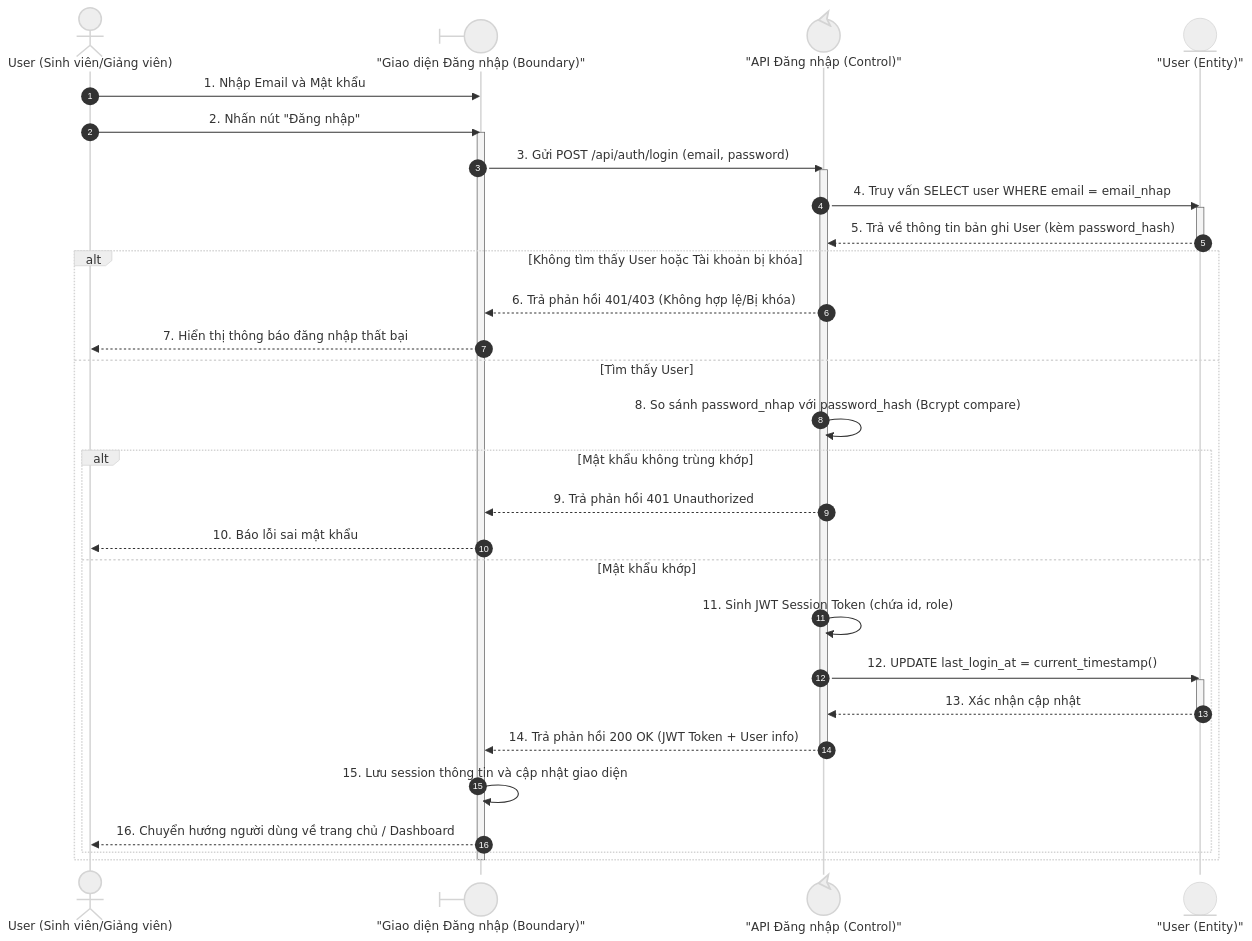
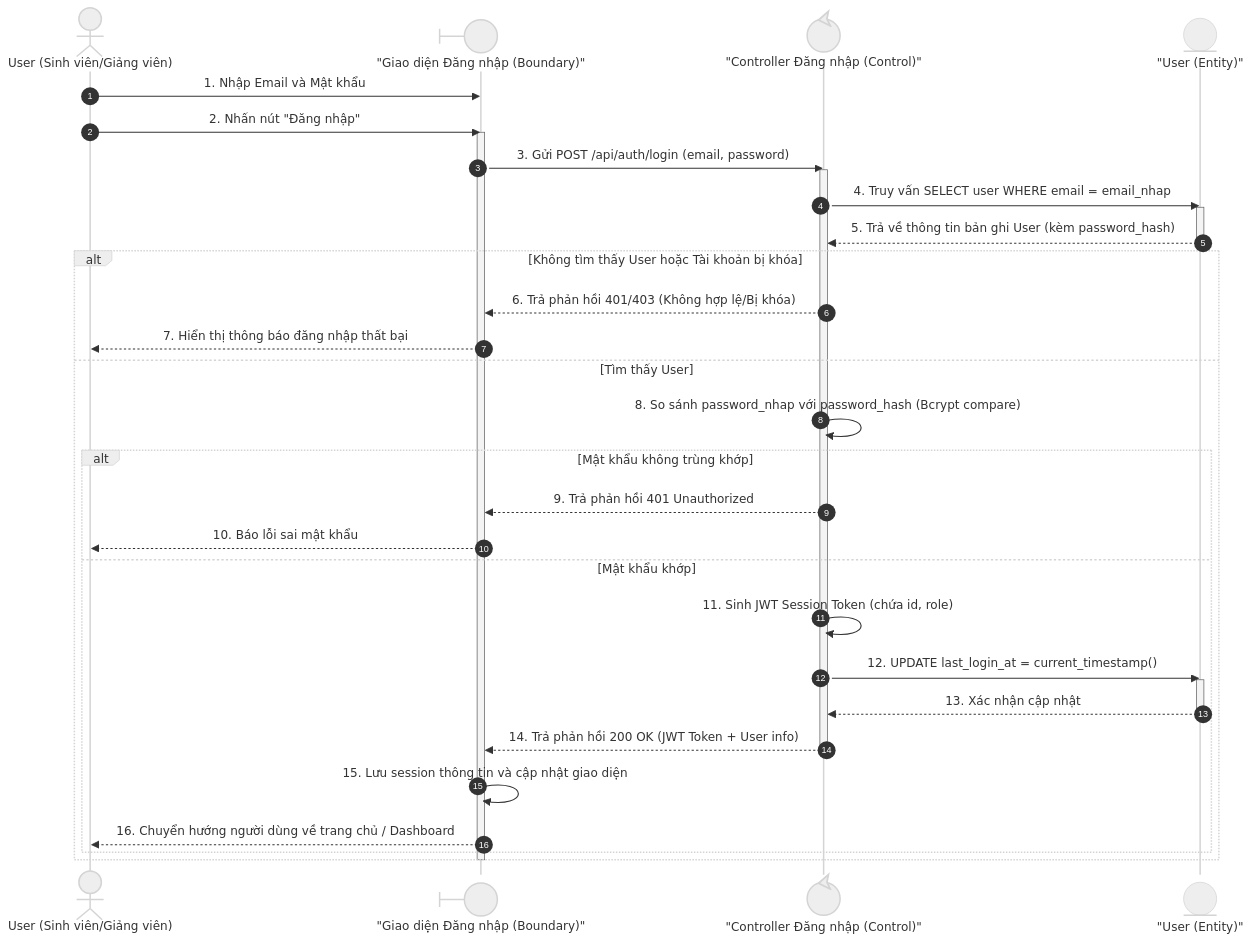
One commit to vietcuong2004/DATN_TLUDOC changed the second of 13 diagrams in Cuong_Documents/BaoVeDoAn/Diagram/SequenceDiagrams.md. Above: the diagram before and after it, drawn with Mermaid (neutral theme). The commit also changed other lines of this file and 11 other files, not shown here.

````diff
--- a/Cuong_Documents/BaoVeDoAn/Diagram/SequenceDiagrams.md
+++ b/Cuong_Documents/BaoVeDoAn/Diagram/SequenceDiagrams.md
@@ -50,40 +50,40 @@
 ```mermaid
 sequenceDiagram
     autonumber
     actor User as User (Sinh viên/Giảng viên)
     participant UI@{ "type": "boundary" } as "Giao diện Đăng nhập (Boundary)"
-    participant Control@{ "type": "control" } as "API Đăng nhập (Control)"
+    participant Control@{ "type": "control" } as "Controller Đăng nhập (Control)"
     participant Entity@{ "type": "entity" } as "User (Entity)"
 
     User->>UI: 1. Nhập Email và Mật khẩu
     User->>UI: 2. Nhấn nút "Đăng nhập"
     activate UI
     UI->>Control: 3. Gửi POST /api/auth/login (email, password)
     activate Control
     Control->>Entity: 4. Truy vấn SELECT user WHERE email = email_nhap
     activate Entity
     Entity-->>Control: 5. Trả về thông tin bản ghi User (kèm password_hash)
     deactivate Entity
     
     alt Không tìm thấy User hoặc Tài khoản bị khóa
         Control-->>UI: 6. Trả phản hồi 401/403 (Không hợp lệ/Bị khóa)
         UI-->>User: 7. Hiển thị thông báo đăng nhập thất bại
     else Tìm thấy User
         Control->>Control: 8. So sánh password_nhap với password_hash (Bcrypt compare)
         alt Mật khẩu không trùng khớp
             Control-->>UI: 9. Trả phản hồi 401 Unauthorized
             UI-->>User: 10. Báo lỗi sai mật khẩu
         else Mật khẩu khớp
             Control->>Control: 11. Sinh JWT Session Token (chứa id, role)
             Control->>Entity: 12. UPDATE last_login_at = current_timestamp()
             activate Entity
             Entity-->>Control: 13. Xác nhận cập nhật
             deactivate Entity
             Control-->>UI: 14. Trả phản hồi 200 OK (JWT Token + User info)
             deactivate Control
             UI->>UI: 15. Lưu session thông tin và cập nhật giao diện
             UI-->>User: 16. Chuyển hướng người dùng về trang chủ / Dashboard
         end
     end
     deactivate UI
 ```
````
